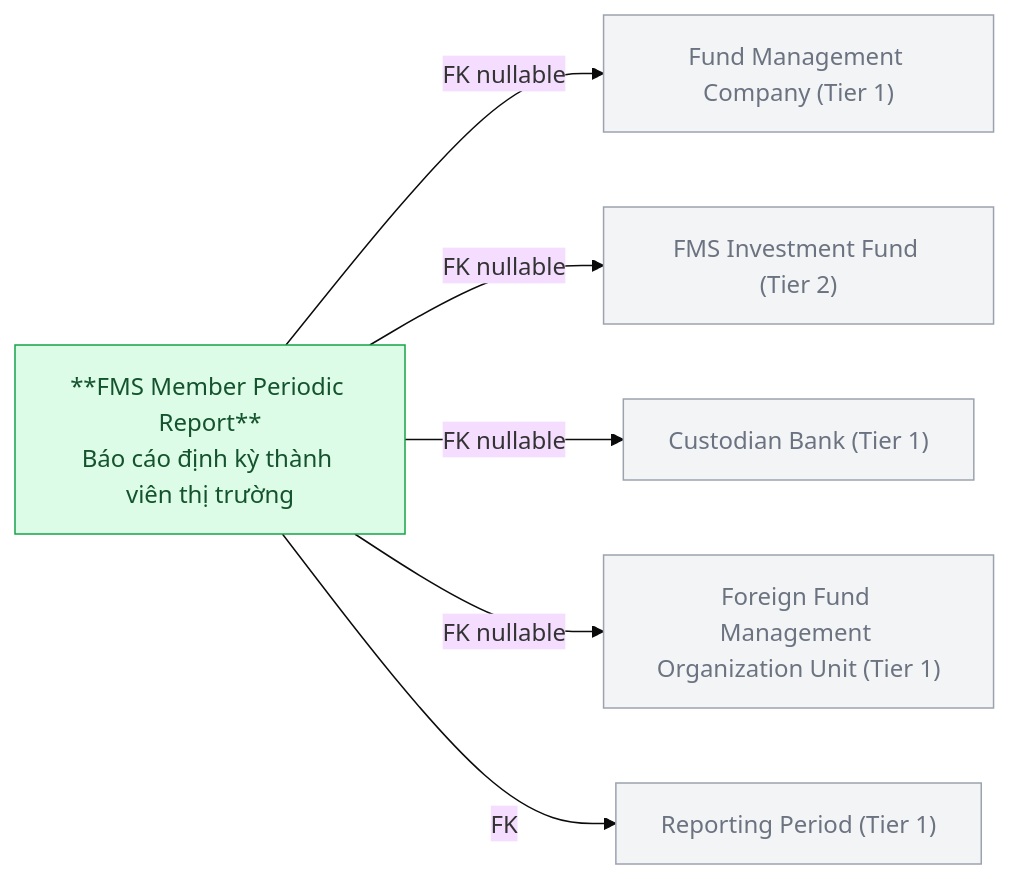
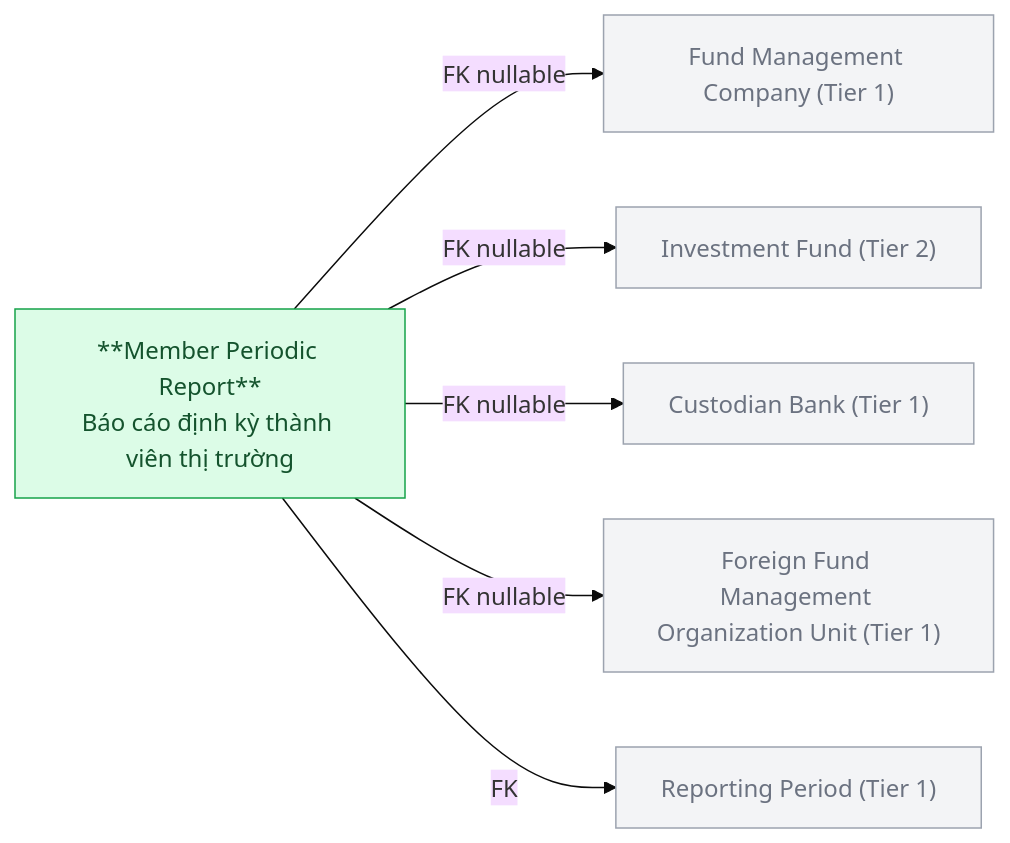
Before and after one commit to linhlvit/ubck_atomic_design: the eighth of 12 diagrams in Silver/hld/FMS_HLD_Tier3.md, drawn with Mermaid (base theme). The commit also changed other lines of this file and 32 other files, not shown here.

````diff
--- a/Silver/hld/FMS_HLD_Tier3.md
+++ b/Silver/hld/FMS_HLD_Tier3.md
@@ -204,18 +204,18 @@
 ```mermaid
 graph LR
     classDef silver fill:#dcfce7,stroke:#16a34a,color:#14532d
     classDef refnode fill:#f3f4f6,stroke:#9ca3af,color:#6b7280
 
     FMC["Fund Management Company (Tier 1)"]:::refnode
-    FUND["FMS Investment Fund (Tier 2)"]:::refnode
+    FUND["Investment Fund (Tier 2)"]:::refnode
     BNK["Custodian Bank (Tier 1)"]:::refnode
     FGOU["Foreign Fund Management Organization Unit (Tier 1)"]:::refnode
     RPD["Reporting Period (Tier 1)"]:::refnode
-    RPT["**FMS Member Periodic Report**\nBáo cáo định kỳ thành viên thị trường"]:::silver
+    RPT["**Member Periodic Report**\nBáo cáo định kỳ thành viên thị trường"]:::silver
 
     RPT -->|FK nullable| FMC
     RPT -->|FK nullable| FUND
     RPT -->|FK nullable| BNK
     RPT -->|FK nullable| FGOU
     RPT -->|FK| RPD
 ```
````
